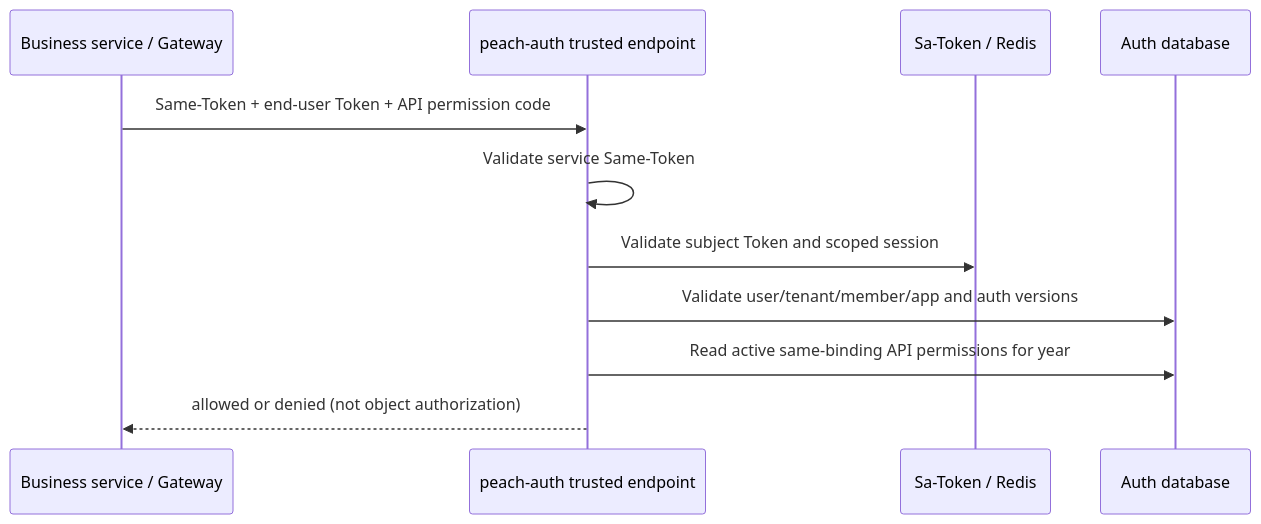
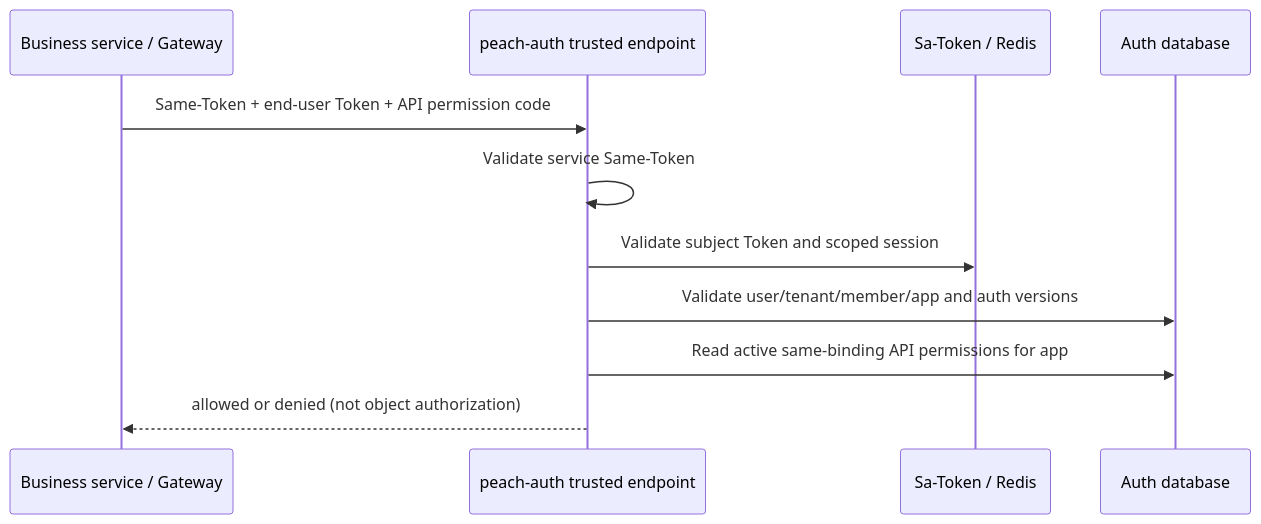
Before and after one commit to Ryan-Guizhou/peach-cloud: the fifth of 5 diagrams in peach-auth/README.en-US.md, drawn with Mermaid. The commit also changed other lines of this file and 1 other file, not shown here.

Commit message:
docs(auth): correct year-free contract semantics and bootstrap descriptions (#234)

````diff
--- a/peach-auth/README.en-US.md
+++ b/peach-auth/README.en-US.md
@@ -237,13 +237,13 @@
 ```mermaid
 sequenceDiagram
     participant Consumer as Business service / Gateway
     participant Auth as peach-auth trusted endpoint
     participant Session as Sa-Token / Redis
     participant DB as Auth database
     Consumer->>Auth: Same-Token + end-user Token + API permission code
     Auth->>Auth: Validate service Same-Token
     Auth->>Session: Validate subject Token and scoped session
     Auth->>DB: Validate user/tenant/member/app and auth versions
-    Auth->>DB: Read active same-binding API permissions for year
+    Auth->>DB: Read active same-binding API permissions for app
     Auth-->>Consumer: allowed or denied (not object authorization)
 ```
````
